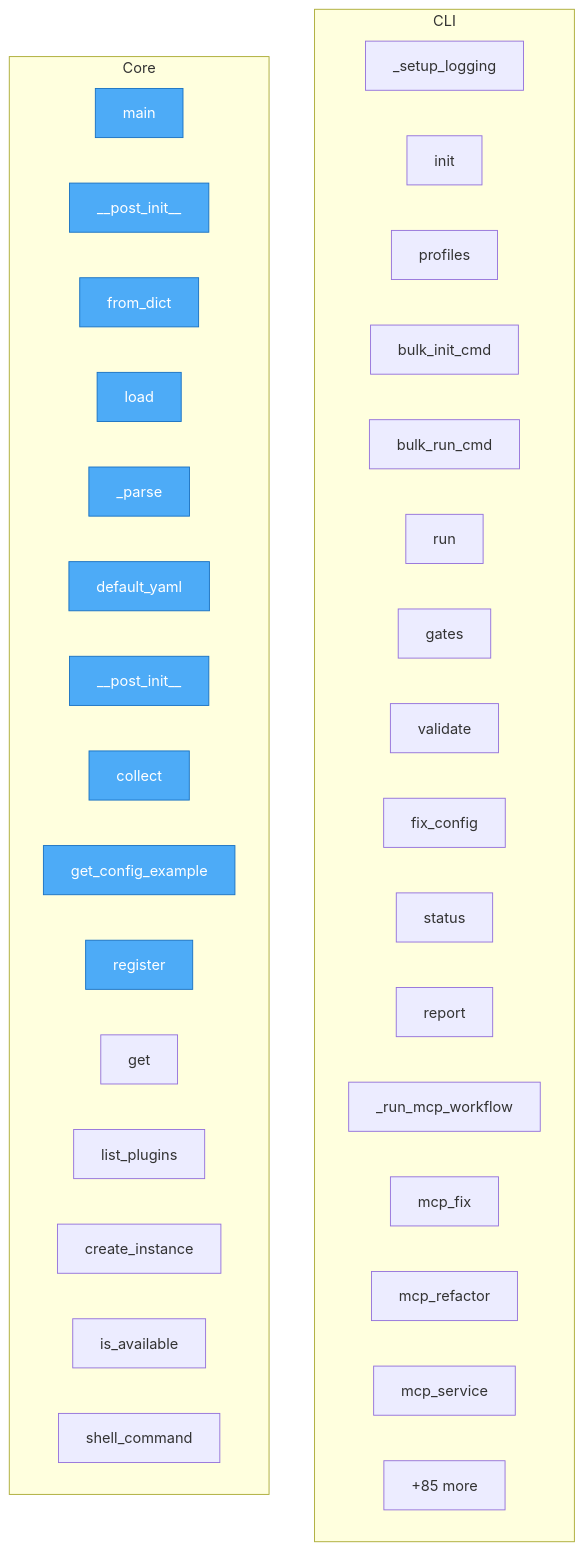
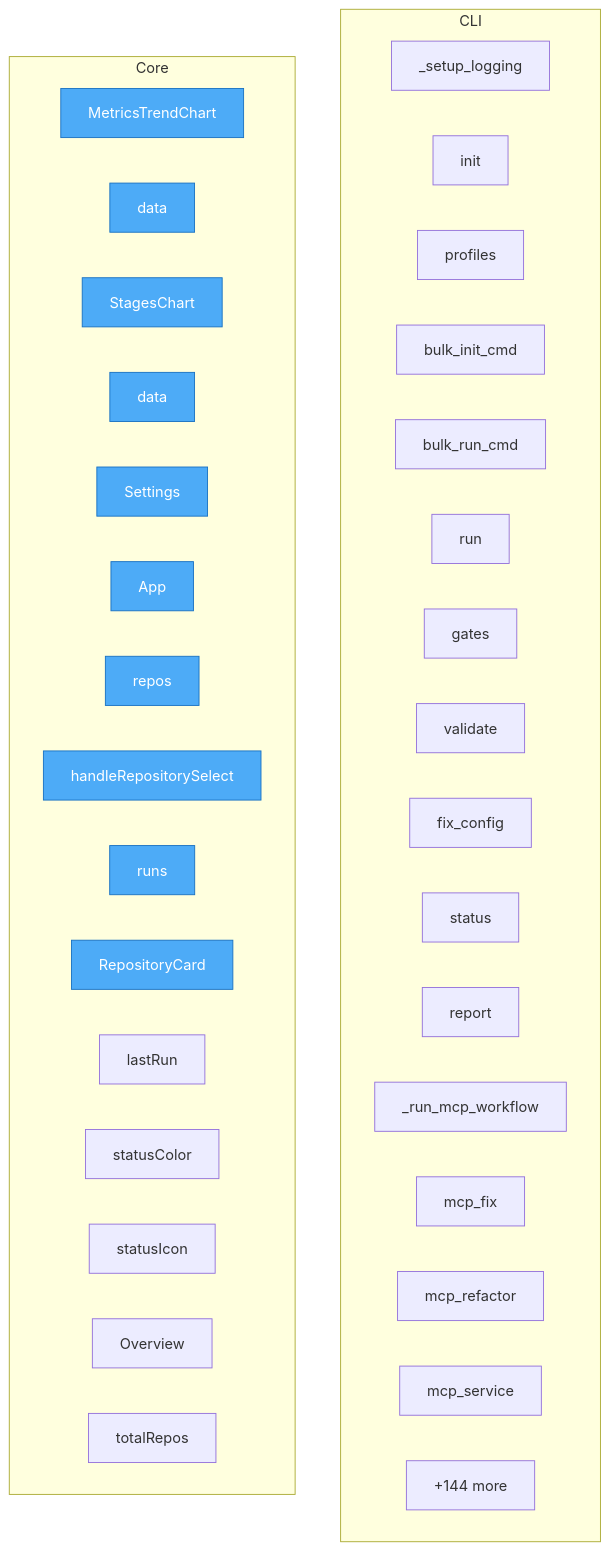
The diagram in project/flow.mmd (semcod/pyqual), drawn with Mermaid before and after one commit. The commit also changed 64 other files, not shown here.

```diff
--- a/project/flow.mmd
+++ b/project/flow.mmd
@@ -1,44 +1,44 @@
 flowchart TD
 
     %% Entry points (blue)
     classDef entry fill:#4dabf7,stroke:#1971c2,color:#fff
 
     subgraph CLI
         pyqual__cli___setup_logging["_setup_logging"]
         pyqual__cli__init["init"]
         pyqual__cli__profiles["profiles"]
         pyqual__cli__bulk_init_cmd["bulk_init_cmd"]
         pyqual__cli__bulk_run_cmd["bulk_run_cmd"]
         pyqual__cli__run["run"]
         pyqual__cli__gates["gates"]
         pyqual__cli__validate["validate"]
         pyqual__cli__fix_config["fix_config"]
         pyqual__cli__status["status"]
         pyqual__cli__report["report"]
         pyqual__cli___run_mcp_workflow["_run_mcp_workflow"]
         pyqual__cli__mcp_fix["mcp_fix"]
         pyqual__cli__mcp_refactor["mcp_refactor"]
         pyqual__cli__mcp_service["mcp_service"]
         ...["+33 more"]
     end
 
     subgraph Core
-        run_analysis__main["main"]
-        pyqual__config__StageConfig____post_init__["__post_init__"]
-        pyqual__config__GateConfig__from_dict["from_dict"]
-        pyqual__config__PyqualConfig__load["load"]
-        pyqual__config__PyqualConfig___parse["_parse"]
-        pyqual__config__PyqualConfig__default_yaml["default_yaml"]
-        pyqual__plugins__PluginMetadata____post_init__["__post_init__"]
-        pyqual__plugins__MetricCollector__collect["collect"]
-        pyqual__plugins__MetricCollector__get_config_example["get_config_example"]
-        pyqual__plugins__PluginRegistry__register["register"]
-        pyqual__plugins__PluginRegistry__get["get"]
-        pyqual__plugins__PluginRegistry__list_plugins["list_plugins"]
-        pyqual__plugins__PluginRegistry__create_instance["create_instance"]
-        pyqual__tools__ToolPreset__is_available["is_available"]
-        pyqual__tools__ToolPreset__shell_command["shell_command"]
-        ...["+85 more"]
+        dashboard__src__components__MetricsTrendChart__MetricsTrendChart["MetricsTrendChart"]
+        dashboard__src__components__MetricsTrendChart__data["data"]
+        dashboard__src__components__StagesChart__StagesChart["StagesChart"]
+        dashboard__src__components__StagesChart__data["data"]
+        dashboard__src__components__Settings__Settings["Settings"]
+        dashboard__src__App__App["App"]
+        dashboard__src__App__repos["repos"]
+        dashboard__src__App__handleRepositorySelect["handleRepositorySelect"]
+        dashboard__src__App__runs["runs"]
+        dashboard__src__App__RepositoryCard["RepositoryCard"]
+        dashboard__src__App__lastRun["lastRun"]
+        dashboard__src__App__statusColor["statusColor"]
+        dashboard__src__App__statusIcon["statusIcon"]
+        dashboard__src__components__Overview__Overview["Overview"]
+        dashboard__src__components__Overview__totalRepos["totalRepos"]
+        ...["+144 more"]
     end
 
-    class run_analysis__main,pyqual__config__StageConfig____post_init__,pyqual__config__GateConfig__from_dict,pyqual__config__PyqualConfig__load,pyqual__config__PyqualConfig___parse,pyqual__config__PyqualConfig__default_yaml,pyqual__plugins__PluginMetadata____post_init__,pyqual__plugins__MetricCollector__collect,pyqual__plugins__MetricCollector__get_config_example,pyqual__plugins__PluginRegistry__register entry
+    class dashboard__src__components__MetricsTrendChart__MetricsTrendChart,dashboard__src__components__MetricsTrendChart__data,dashboard__src__components__StagesChart__StagesChart,dashboard__src__components__StagesChart__data,dashboard__src__components__Settings__Settings,dashboard__src__App__App,dashboard__src__App__repos,dashboard__src__App__handleRepositorySelect,dashboard__src__App__runs,dashboard__src__App__RepositoryCard entry
```
